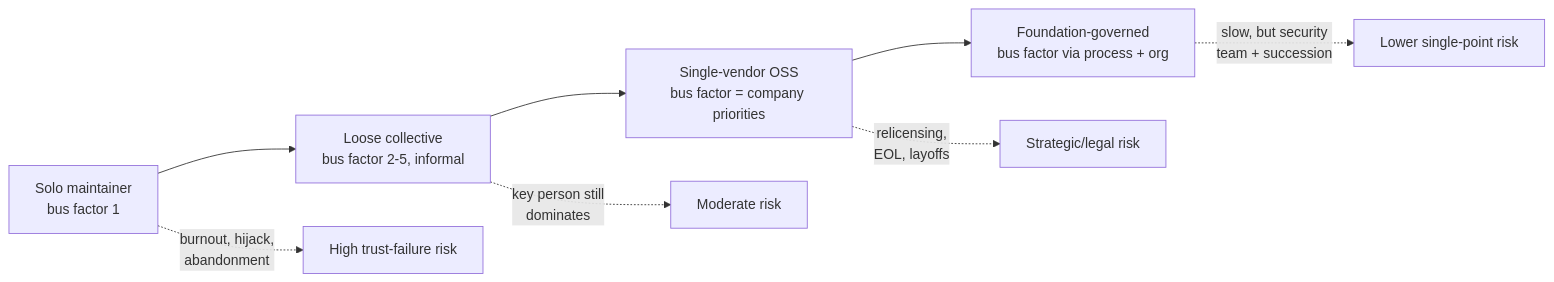
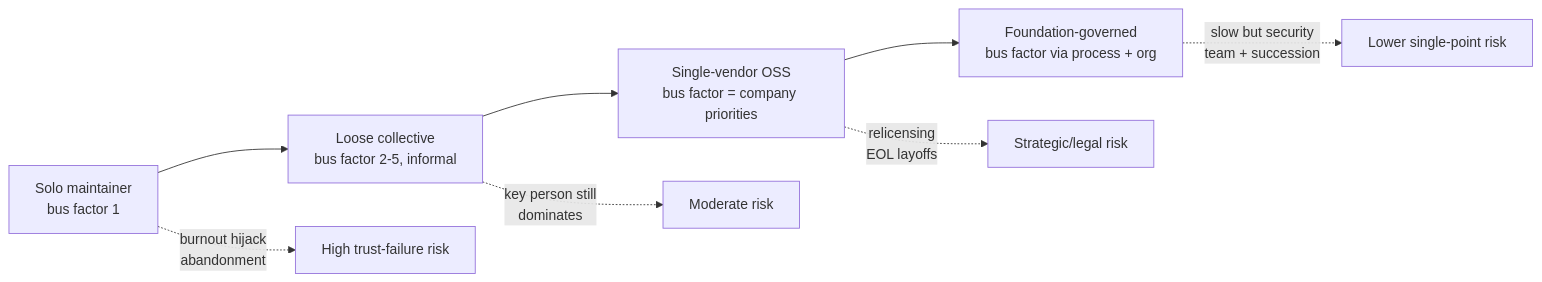
One commit to bumbsclaw/textbooks changed the first of 6 diagrams in book-01-foundations/ch08-open-source-ecosystem.md. Above: the diagram before and after it, drawn with Mermaid. The commit also changed 173 other files, not shown here.

First line of the commit message:
fix(mermaid): close note brackets, semicolons in Notes, stateDiagram br -> dash, edge parens

````diff
--- a/book-01-foundations/ch08-open-source-ecosystem.md
+++ b/book-01-foundations/ch08-open-source-ecosystem.md
@@ -81,12 +81,12 @@
 ```mermaid
 flowchart LR
     A["Solo maintainer\nbus factor 1"]
     B["Loose collective\nbus factor 2-5, informal"]
     C["Single-vendor OSS\nbus factor = company priorities"]
     D["Foundation-governed\nbus factor via process + org"]
     A --> B --> C --> D
-    A -.->|"burnout, hijack,\nabandonment"| RISK1["High trust-failure risk"]
+    A -.->|"burnout hijack \nabandonment"| RISK1["High trust-failure risk"]
     B -.->|"key person still\ndominates"| RISK2["Moderate risk"]
-    C -.->|"relicensing,\nEOL, layoffs"| RISK3["Strategic/legal risk"]
-    D -.->|"slow, but security\nteam + succession"| RISK4["Lower single-point risk"]
+    C -.->|"relicensing \nEOL layoffs"| RISK3["Strategic/legal risk"]
+    D -.->|"slow but security\nteam + succession"| RISK4["Lower single-point risk"]
 ```
````
